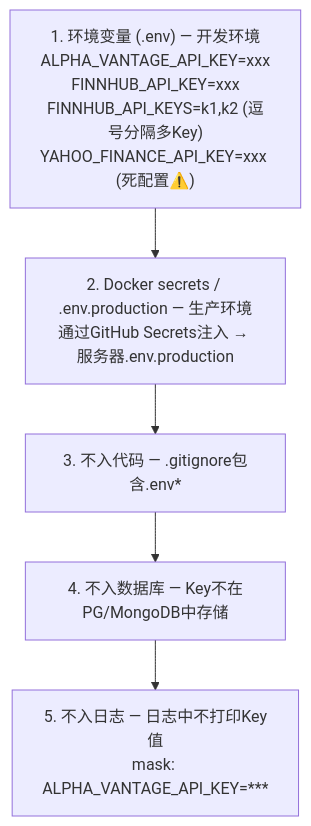
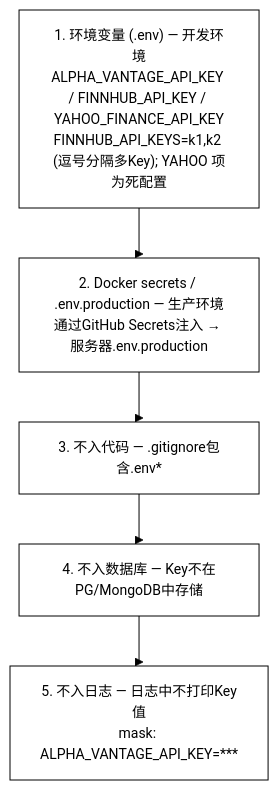
Before and after one commit to onceme/instantboard: the second of 2 diagrams in docs/design/data-sources.md, drawn with Mermaid. The commit also changed other lines of this file and 11 other files, not shown here.

````diff
--- a/docs/design/data-sources.md
+++ b/docs/design/data-sources.md
@@ -438,12 +439,13 @@
 ```mermaid
+%%{init: {"theme": "base", "themeVariables": {"background": "#ffffff", "primaryColor": "#ffffff", "primaryTextColor": "#000000", "primaryBorderColor": "#000000", "lineColor": "#000000", "secondaryColor": "#ffffff", "secondaryTextColor": "#000000", "secondaryBorderColor": "#000000", "tertiaryColor": "#ffffff", "tertiaryTextColor": "#000000", "tertiaryBorderColor": "#000000", "edgeLabelBackground": "#ffffff", "textColor": "#000000", "nodeTextColor": "#000000", "mainBkg": "#ffffff", "nodeBorder": "#000000", "clusterBkg": "#ffffff", "clusterBdr": "#000000", "clusterTextColor": "#000000", "titleColor": "#000000", "fontSize": "14px"}, "flowchart": {"curve": "step", "nodeSpacing": 40, "rankSpacing": 50, "wrappingWidth": 180, "useMaxWidth": true}}}%%
 graph TD
-    env["1. 环境变量 (.env) — 开发环境<br/>ALPHA_VANTAGE_API_KEY=xxx<br/>FINNHUB_API_KEY=xxx<br/>FINNHUB_API_KEYS=k1,k2 (逗号分隔多Key)<br/>YAHOO_FINANCE_API_KEY=xxx (死配置⚠️)"]
+    env["1. 环境变量 (.env) — 开发环境<br/>ALPHA_VANTAGE_API_KEY / FINNHUB_API_KEY / YAHOO_FINANCE_API_KEY<br/>FINNHUB_API_KEYS=k1,k2 (逗号分隔多Key); YAHOO 项为死配置"]
     secrets["2. Docker secrets / .env.production — 生产环境<br/>通过GitHub Secrets注入 → 服务器.env.production"]
     no_code["3. 不入代码 — .gitignore包含.env*"]
     no_db["4. 不入数据库 — Key不在PG/MongoDB中存储"]
     no_log["5. 不入日志 — 日志中不打印Key值<br/>mask: ALPHA_VANTAGE_API_KEY=***"]
     env --> secrets
     secrets --> no_code
     no_code --> no_db
     no_db --> no_log
 ```
````
